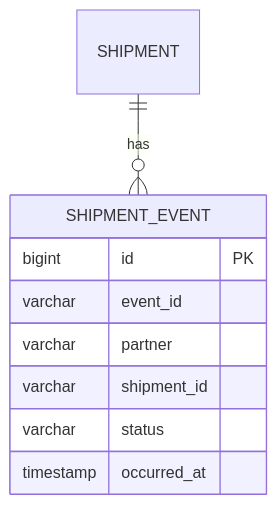
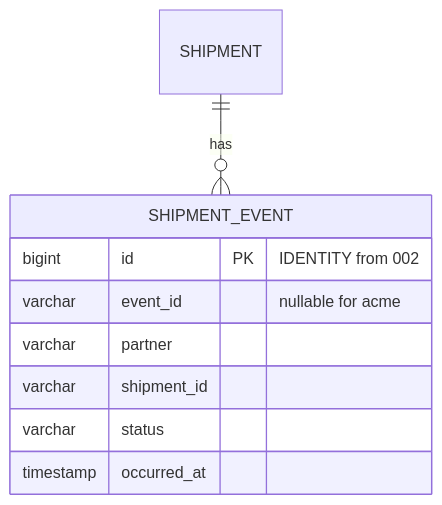
The second of 3 diagrams in docs/design/DATABASE_ERD.md (KumirenN/AccsoAssignment), drawn with Mermaid before and after one commit. The commit also changed other lines of this file and 15 other files, not shown here.

````diff
--- a/docs/design/DATABASE_ERD.md
+++ b/docs/design/DATABASE_ERD.md
@@ -110,13 +111,13 @@
 ```mermaid
 erDiagram
     SHIPMENT ||--o{ SHIPMENT_EVENT : has
 
     SHIPMENT_EVENT {
-        bigint id PK
-        varchar event_id
+        bigint id PK "IDENTITY from 002"
+        varchar event_id "nullable for acme"
         varchar partner
         varchar shipment_id
         varchar status
         timestamp occurred_at
     }
 ```
````
